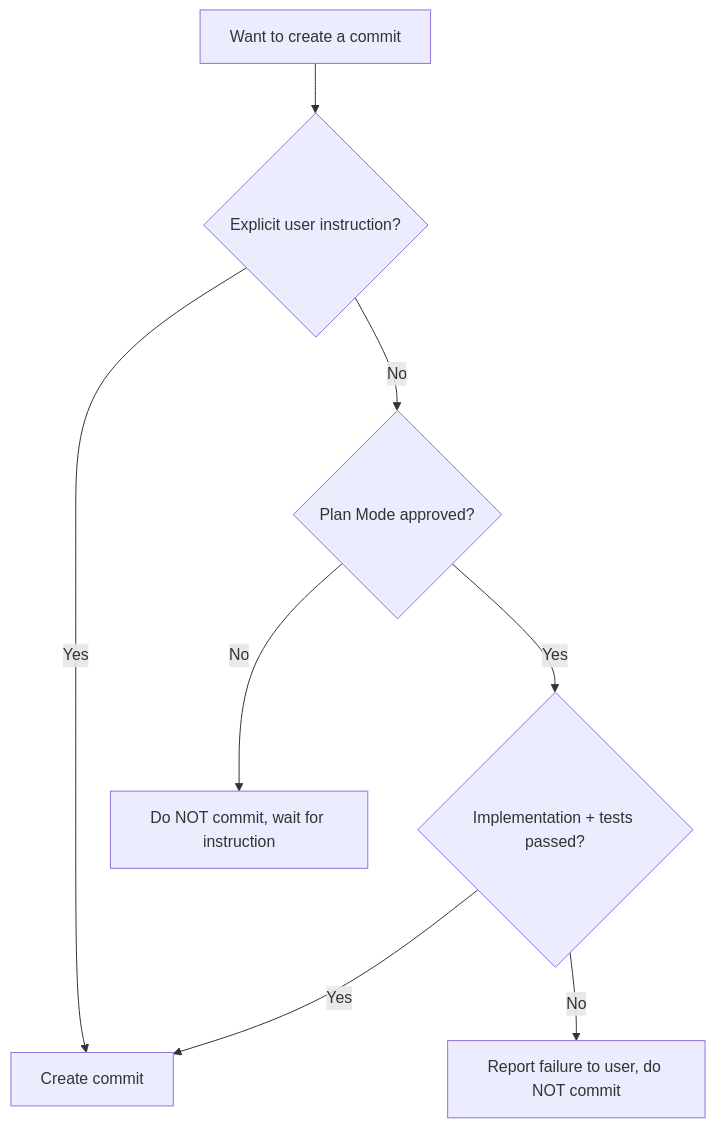
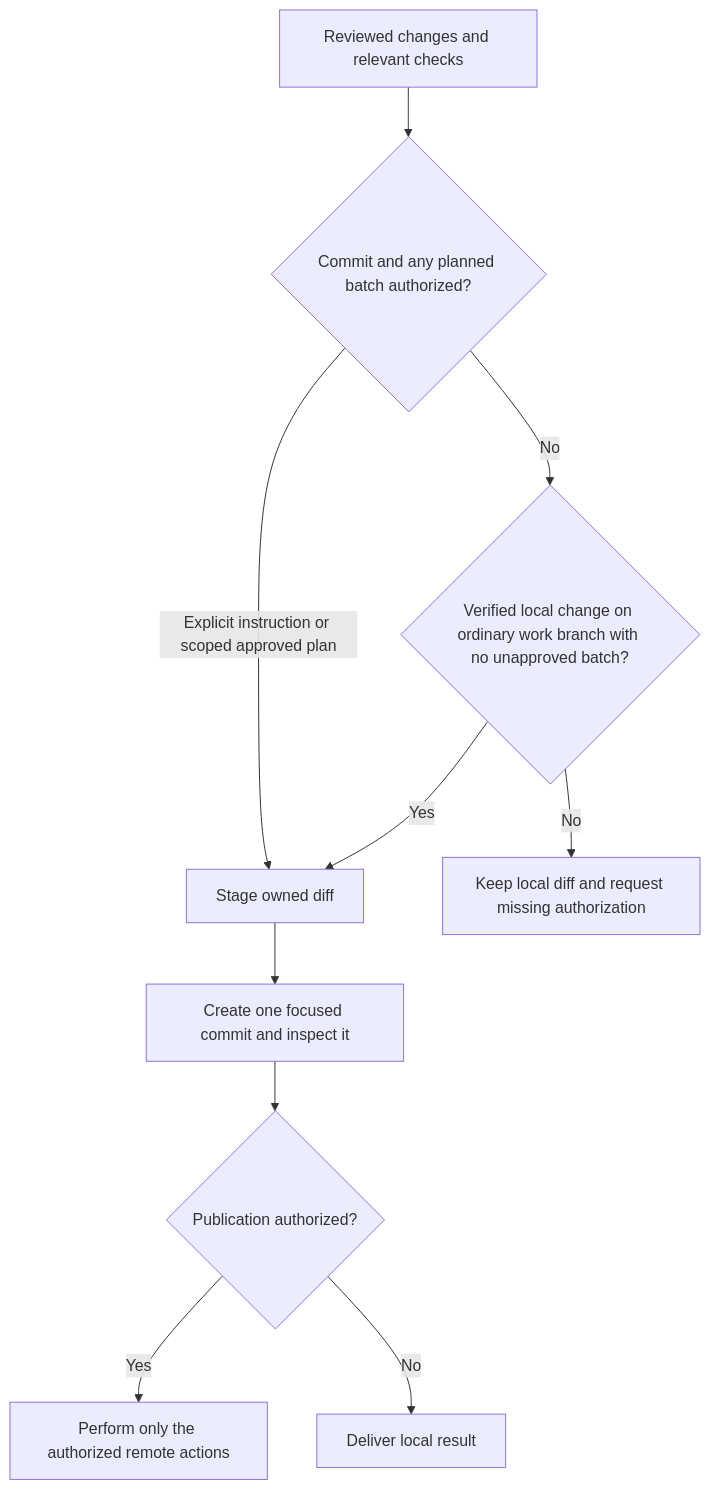
Before and after one commit to kent8192/reinhardt-cloud: the first of 3 diagrams in instructions/COMMIT_GUIDELINE.md, drawn with Mermaid. The commit also changed other lines of this file and 15 other files, not shown here.

````diff
--- a/instructions/COMMIT_GUIDELINE.md
+++ b/instructions/COMMIT_GUIDELINE.md
@@ -32,10 +51,12 @@
 ```mermaid
 flowchart TD
-    A[Want to create a commit] --> B{Explicit user instruction?}
-    B -->|Yes| C[Create commit]
-    B -->|No| D{Plan Mode approved?}
-    D -->|Yes| E{Implementation + tests passed?}
-    E -->|Yes| C
-    E -->|No| F[Report failure to user, do NOT commit]
-    D -->|No| G[Do NOT commit, wait for instruction]
+    A[Reviewed changes and relevant checks] --> B{Commit and any planned batch authorized?}
+    B -->|Explicit instruction or scoped approved plan| C[Stage owned diff]
+    B -->|No| D{Verified local change on ordinary work branch with no unapproved batch?}
+    D -->|Yes| C
+    D -->|No| E[Keep local diff and request missing authorization]
+    C --> F[Create one focused commit and inspect it]
+    F --> G{Publication authorized?}
+    G -->|Yes| H[Perform only the authorized remote actions]
+    G -->|No| I[Deliver local result]
 ```
````
